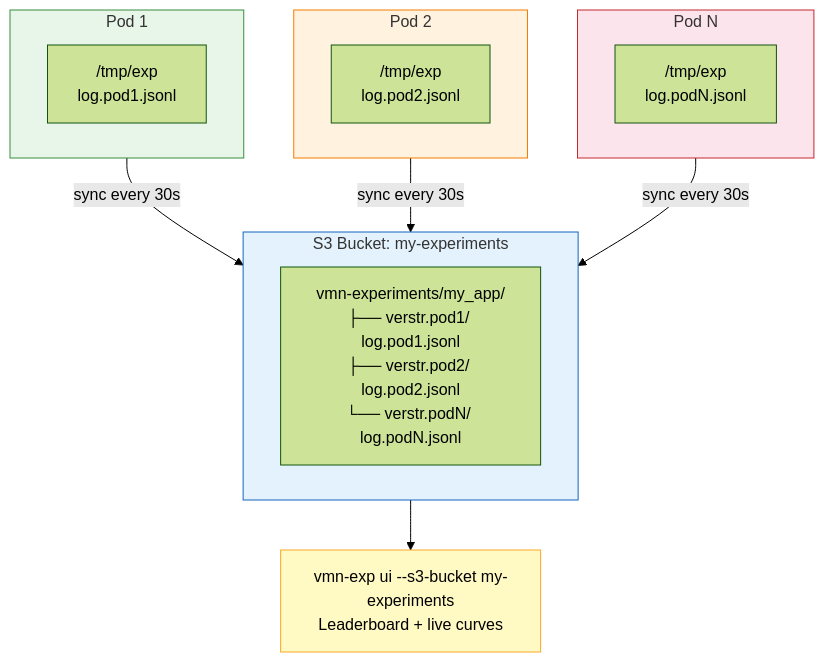
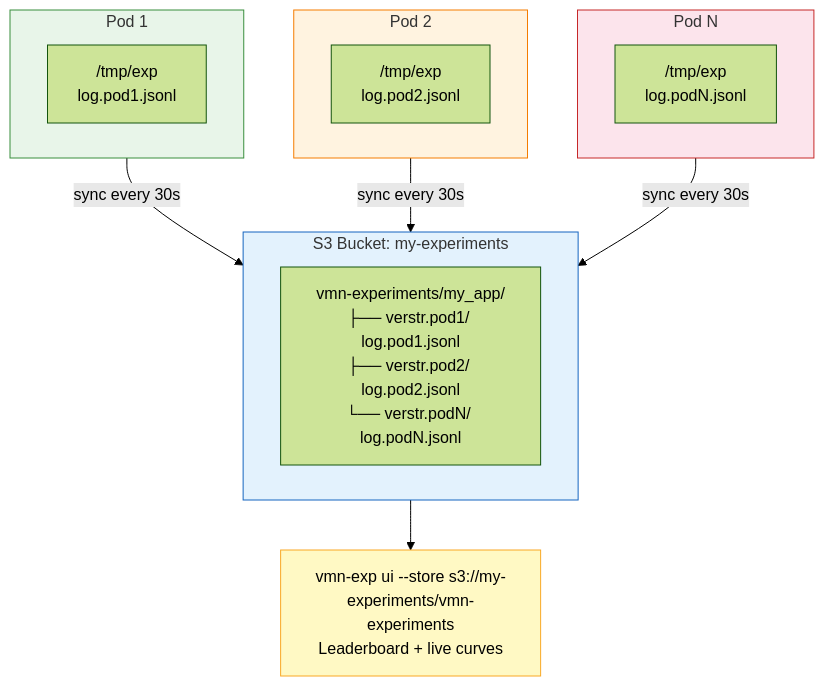
One commit to progovoy/vmn changed the fifth of 7 diagrams in docs/experiment-tracking-guide.md. Above: the diagram before and after it, drawn with Mermaid (forest theme). The commit also changed other lines of this file and 54 other files, not shown here.

````diff
--- a/docs/experiment-tracking-guide.md
+++ b/docs/experiment-tracking-guide.md
@@ -321,28 +321,28 @@
 ```mermaid
 flowchart TD
     subgraph pod1["Pod 1"]
         p1["/tmp/exp\nlog.pod1.jsonl"]
     end
     subgraph pod2["Pod 2"]
         p2["/tmp/exp\nlog.pod2.jsonl"]
     end
     subgraph podN["Pod N"]
         pN["/tmp/exp\nlog.podN.jsonl"]
     end
 
     pod1 -- "sync every 30s" --> s3
     pod2 -- "sync every 30s" --> s3
     podN -- "sync every 30s" --> s3
 
     subgraph s3["S3 Bucket: my-experiments"]
         s3a["vmn-experiments/my_app/\n├── verstr.pod1/ log.pod1.jsonl\n├── verstr.pod2/ log.pod2.jsonl\n└── verstr.podN/ log.podN.jsonl"]
     end
 
-    s3 --> ui["vmn-exp ui --s3-bucket my-experiments\nLeaderboard + live curves"]
+    s3 --> ui["vmn-exp ui --store s3://my-experiments/vmn-experiments\nLeaderboard + live curves"]
 
     style pod1 fill:#e8f5e9,stroke:#388e3c
     style pod2 fill:#fff3e0,stroke:#f57c00
     style podN fill:#fce4ec,stroke:#c62828
     style s3 fill:#e3f2fd,stroke:#1565c0
     style ui fill:#fff9c4,stroke:#f9a825
 ```
````
